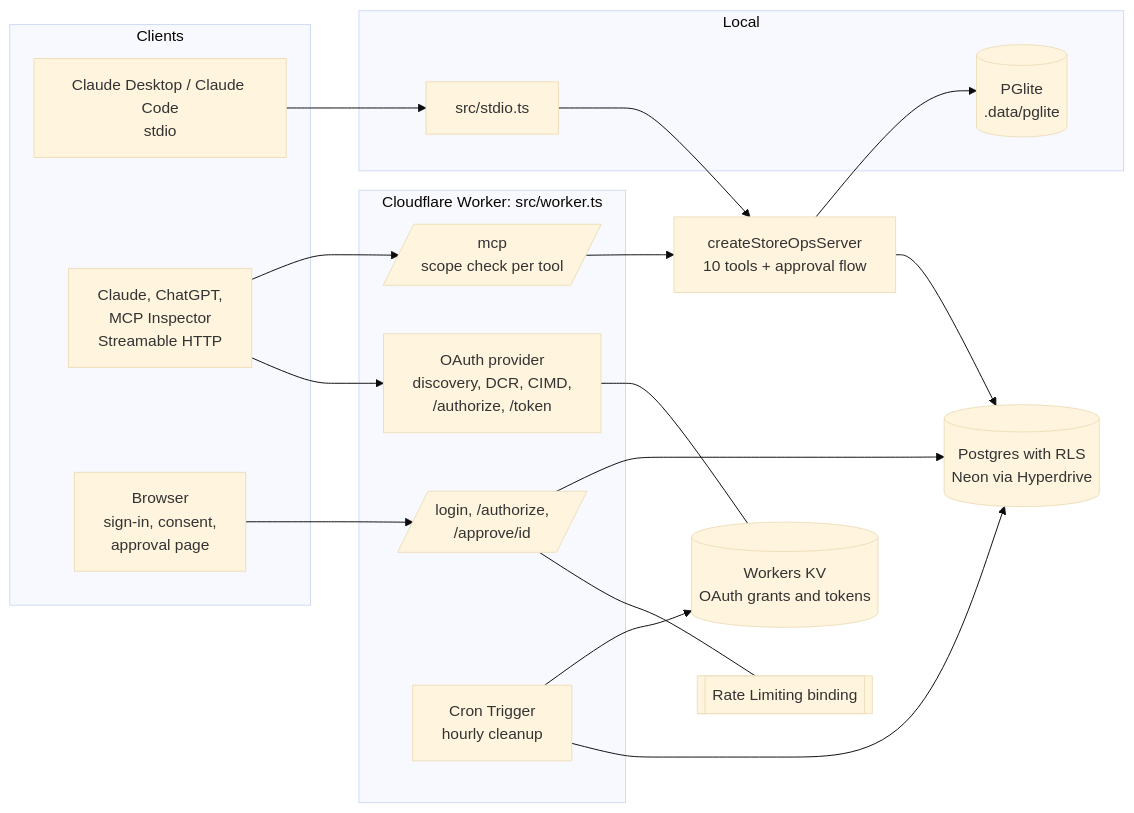
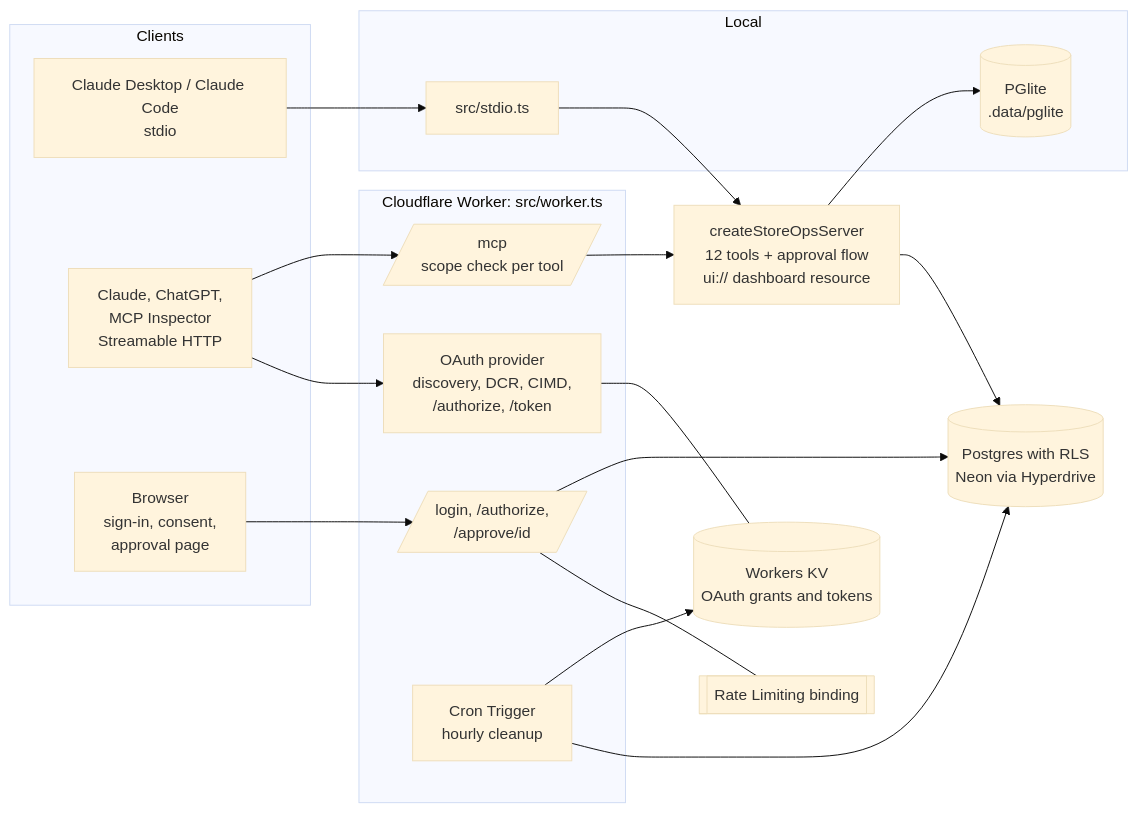
The diagram in README.md (MostafaSaafan5517/store-ops-mcp), drawn with Mermaid (base theme) before and after one commit. The commit also changed other lines of this file and 2 other files, not shown here.

Commit message:
docs: describe the order dashboard and add its demo script

````diff
--- a/README.md
+++ b/README.md
@@ -21,37 +21,37 @@
 ```mermaid
 flowchart LR
   subgraph Clients
     CD[Claude Desktop / Claude Code<br/>stdio]
     RC[Claude, ChatGPT,<br/>MCP Inspector<br/>Streamable HTTP]
     BR[Browser<br/>sign-in, consent,<br/>approval page]
   end
 
   subgraph Local
     STDIO[src/stdio.ts]
     PGL[(PGlite<br/>.data/pglite)]
   end
 
   subgraph Worker[Cloudflare Worker: src/worker.ts]
     OAUTH[OAuth provider<br/>discovery, DCR, CIMD,<br/>/authorize, /token]
     MCP[/mcp<br/>scope check per tool/]
     PAGES[/login, /authorize,<br/>/approve/id/]
     CRON[Cron Trigger<br/>hourly cleanup]
   end
 
-  SERVER[createStoreOpsServer<br/>10 tools + approval flow]
+  SERVER[createStoreOpsServer<br/>12 tools + approval flow<br/>ui:// dashboard resource]
   KV[(Workers KV<br/>OAuth grants and tokens)]
   RL[[Rate Limiting binding]]
   PG[(Postgres with RLS<br/>Neon via Hyperdrive)]
 
   CD --> STDIO --> SERVER
   SERVER --> PGL
   RC --> OAUTH
   RC --> MCP --> SERVER
   BR --> PAGES
   OAUTH --- KV
   PAGES --- RL
   SERVER --> PG
   PAGES --> PG
   CRON --> PG
   CRON --> KV
 ```
````
